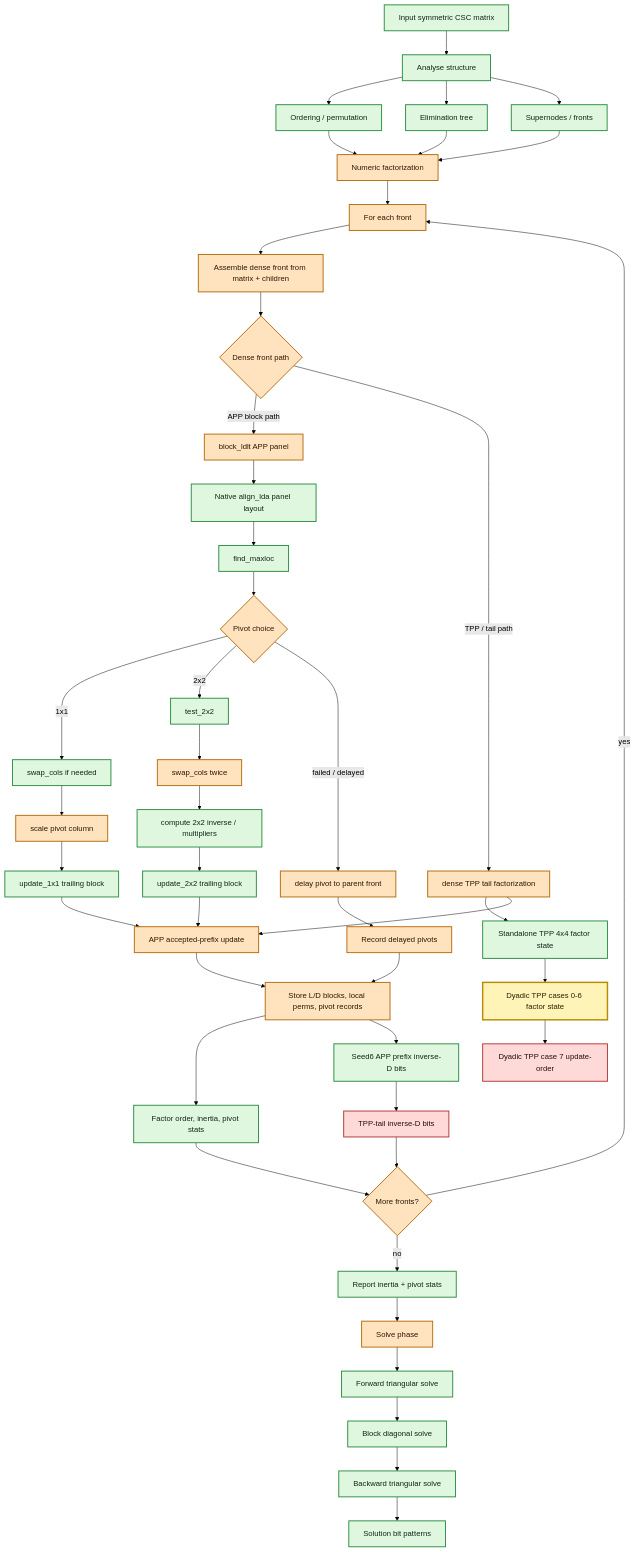
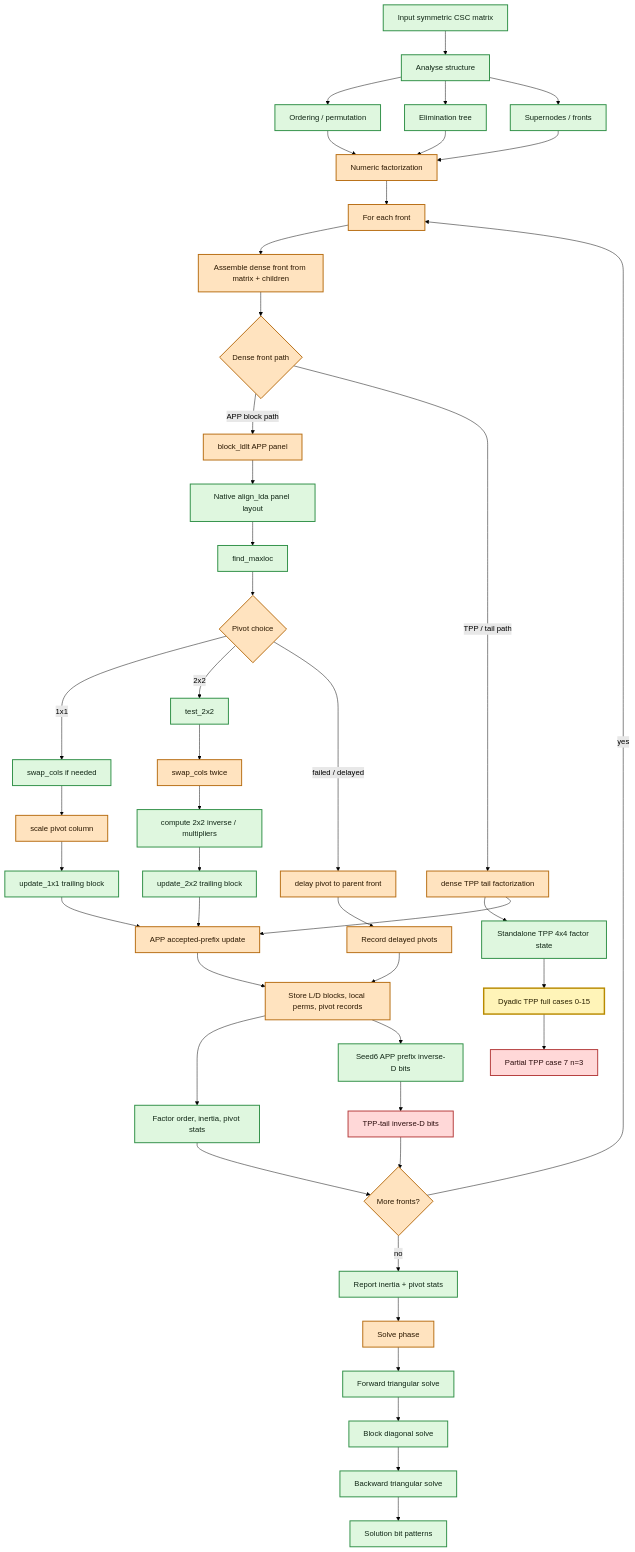
Before and after one commit to ghorn/optivibre: the diagram in docs/spral-ssids-parity-flow.md, drawn with Mermaid (forest theme). The commit also changed other lines of this file and 1 other file, not shown here.

Commit message:
Match SPRAL TPP multiplier vector path

````diff
--- a/docs/spral-ssids-parity-flow.md
+++ b/docs/spral-ssids-parity-flow.md
@@ -17,66 +17,66 @@
 ```mermaid
 flowchart TD
     A["Input symmetric CSC matrix"] --> B["Analyse structure"]
     B --> B1["Ordering / permutation"]
     B --> B2["Elimination tree"]
     B --> B3["Supernodes / fronts"]
 
     B1 --> C["Numeric factorization"]
     B2 --> C
     B3 --> C
 
     C --> D["For each front"]
     D --> E["Assemble dense front from matrix + children"]
     E --> F{"Dense front path"}
 
     F -->|"APP block path"| G["block_ldlt APP panel"]
     F -->|"TPP / tail path"| H["dense TPP tail factorization"]
     H --> H1["Standalone TPP 4x4 factor state"]
-    H1 --> H2["Dyadic TPP cases 0-6 factor state"]
-    H2 --> H3["Dyadic TPP case 7 update-order"]
+    H1 --> H2["Dyadic TPP full cases 0-15"]
+    H2 --> H3["Partial TPP case 7 n=3"]
 
     G --> G0["Native align_lda panel layout"]
     G0 --> G1["find_maxloc"]
     G1 --> G2{"Pivot choice"}
     G2 -->|"1x1"| G3["swap_cols if needed"]
     G3 --> G4["scale pivot column"]
     G4 --> G5["update_1x1 trailing block"]
 
     G2 -->|"2x2"| G6["test_2x2"]
     G6 --> G7["swap_cols twice"]
     G7 --> G8["compute 2x2 inverse / multipliers"]
     G8 --> G9["update_2x2 trailing block"]
 
     G2 -->|"failed / delayed"| G10["delay pivot to parent front"]
 
     G5 --> I["APP accepted-prefix update"]
     G9 --> I
     G10 --> J["Record delayed pivots"]
     H --> I
 
     I --> K["Store L/D blocks, local perms, pivot records"]
     K --> K1["Factor order, inertia, pivot stats"]
     K --> K2["Seed6 APP prefix inverse-D bits"]
     K2 --> K3["TPP-tail inverse-D bits"]
     J --> K
     K1 --> L{"More fronts?"}
     K3 --> L
     L -->|"yes"| D
     L -->|"no"| M["Report inertia + pivot stats"]
 
     M --> N["Solve phase"]
     N --> O["Forward triangular solve"]
     O --> P["Block diagonal solve"]
     P --> Q["Backward triangular solve"]
     Q --> R["Solution bit patterns"]
 
     classDef match fill:#dff7df,stroke:#2f8f46,color:#102615,stroke-width:2px;
     classDef newly fill:#fff4b8,stroke:#b88a00,color:#2a2100,stroke-width:3px;
     classDef partial fill:#ffe3bf,stroke:#b76d12,color:#2b1800,stroke-width:2px;
     classDef open fill:#ffd8d8,stroke:#b43b3b,color:#2b0d0d,stroke-width:2px;
 
     class A,B,B1,B2,B3,G0,G1,G3,G5,G6,G8,G9,H1,K1,K2,M,O,P,Q,R match;
     class H2 newly;
     class C,D,E,F,G,G2,G4,G7,G10,H,I,J,K,L,N partial;
     class H3,K3 open;
 ```
````
